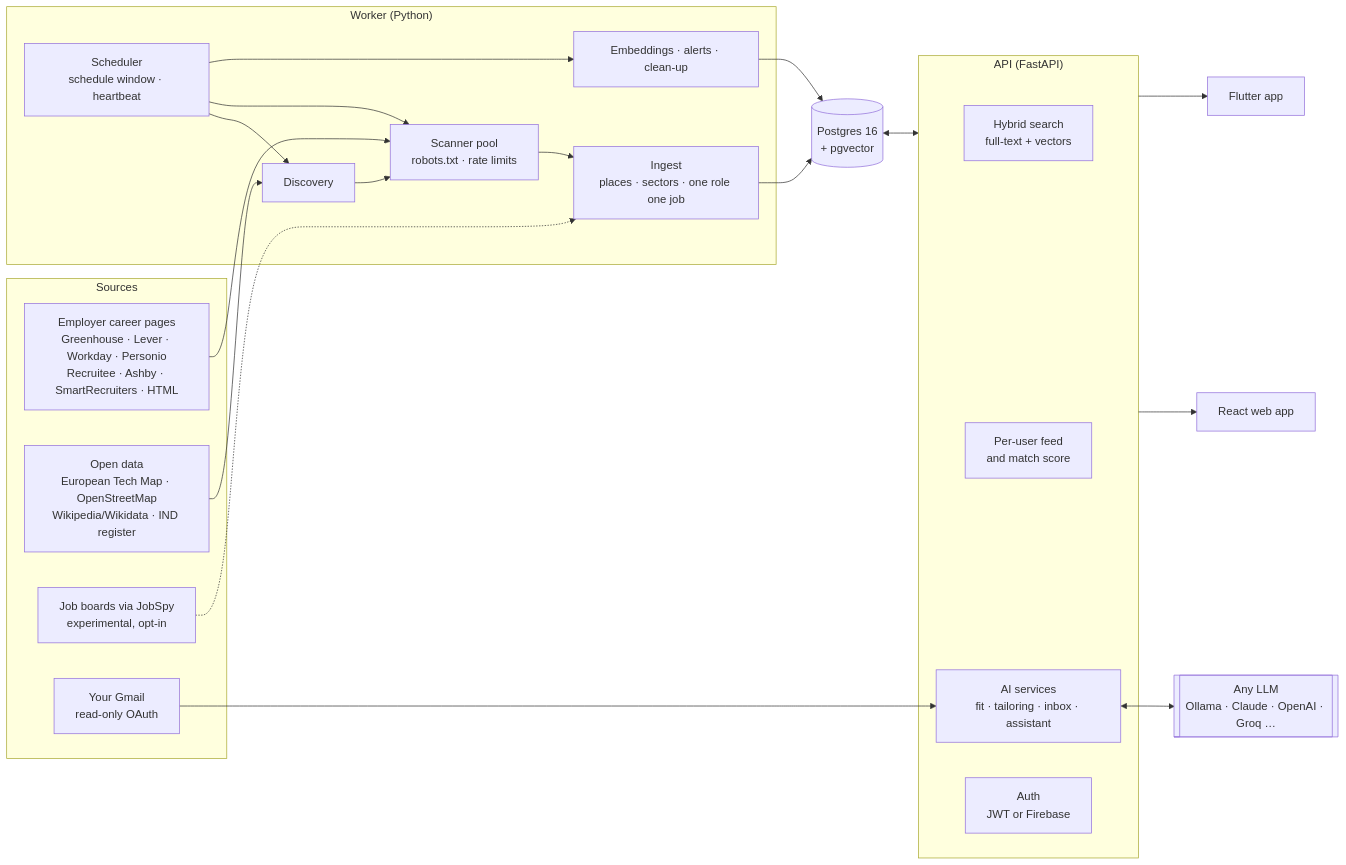
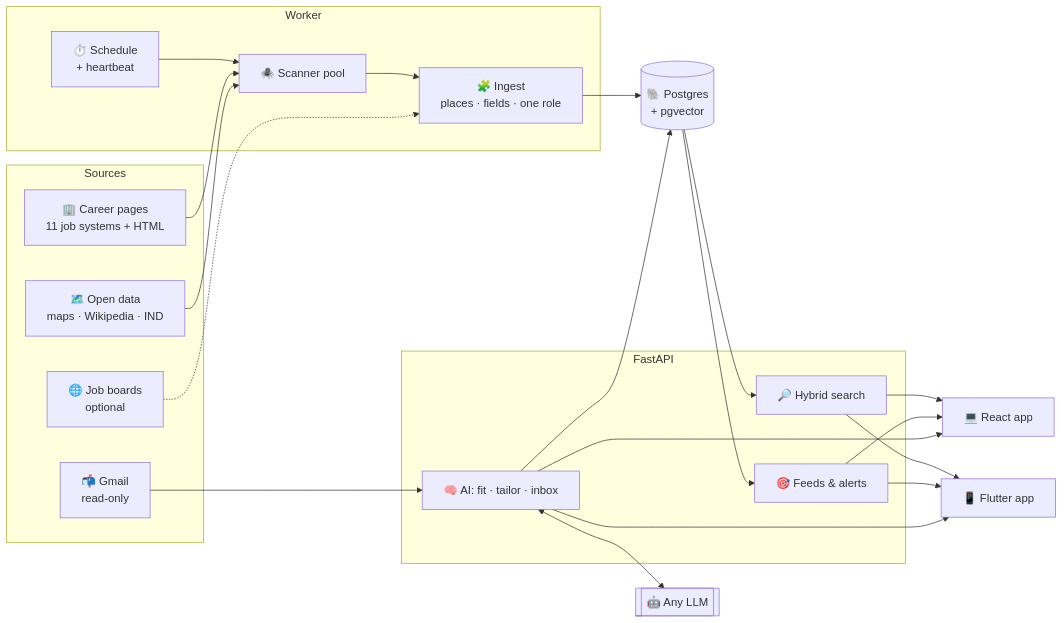
One commit to emelian-chkaira/ai-career-tracker changed the first of 2 diagrams in README.md. Above: the diagram before and after it, drawn with Mermaid. The commit also changed other lines of this file, not shown here.

````diff
--- a/README.md
+++ b/README.md
@@ -112,36 +85,27 @@
 ```mermaid
 flowchart LR
-  subgraph Sources
-    S1[Employer career pages<br/>Greenhouse · Lever · Workday · Personio<br/>Recruitee · Ashby · SmartRecruiters · HTML]
-    S2[Open data<br/>European Tech Map · OpenStreetMap<br/>Wikipedia/Wikidata · IND register]
-    S3[Job boards via JobSpy<br/>experimental, opt-in]
-    S4[Your Gmail<br/>read-only OAuth]
+  subgraph SRC[" Sources "]
+    A["🏢 Career pages<br/>11 job systems + HTML"]
+    B["🗺️ Open data<br/>maps · Wikipedia · IND"]
+    C["🌐 Job boards<br/>optional"]
+    D["📬 Gmail<br/>read-only"]
   end
-  subgraph Worker["Worker (Python)"]
-    W1[Scheduler<br/>schedule window · heartbeat]
-    W2[Discovery]
-    W3[Scanner pool<br/>robots.txt · rate limits]
-    W4[Ingest<br/>places · sectors · one role one job]
-    W5[Embeddings · alerts · clean-up]
+  subgraph WRK[" Worker "]
+    E["⏱️ Schedule<br/>+ heartbeat"] --> F["🕷️ Scanner pool"] --> G["🧩 Ingest<br/>places · fields · one role"]
   end
-  DB[(Postgres 16<br/>+ pgvector)]
-  subgraph API["API (FastAPI)"]
-    A1[Hybrid search<br/>full-text + vectors]
-    A2[Per-user feed<br/>and match score]
-    A3[AI services<br/>fit · tailoring · inbox · assistant]
-    A4[Auth<br/>JWT or Firebase]
+  H[("🐘 Postgres<br/>+ pgvector")]
+  subgraph API[" FastAPI "]
+    I["🔎 Hybrid search"]
+    J["🎯 Feeds & alerts"]
+    K["🧠 AI: fit · tailor · inbox"]
   end
-  LLM[[Any LLM<br/>Ollama · Claude · OpenAI · Groq …]]
-  WEB[React web app]
-  MOB[Flutter app]
-  S1 --> W3
-  S2 --> W2 --> W3
-  S3 -.-> W4
-  W3 --> W4 --> DB
-  W1 --> W2 & W3 & W5
-  W5 --> DB
-  S4 --> A3
-  DB <--> API
-  A3 <--> LLM
-  API --> WEB & MOB
+  L[["🤖 Any LLM"]]
+  M["💻 React app"]
+  N["📱 Flutter app"]
+  A & B --> F
+  C -.-> G
+  G --> H --> I & J
+  D --> K <--> L
+  K --> H
+  I & J & K --> M & N
 ```
````
